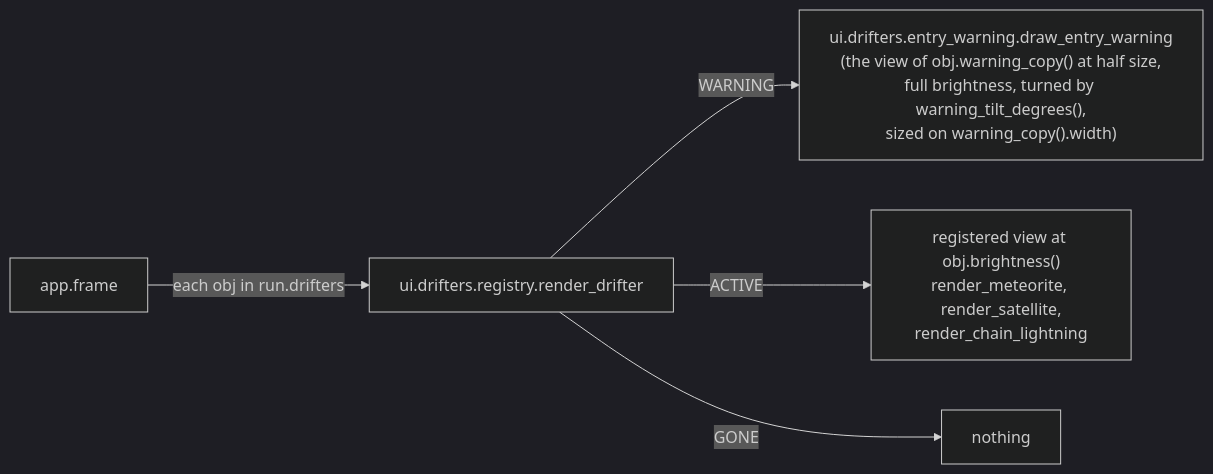
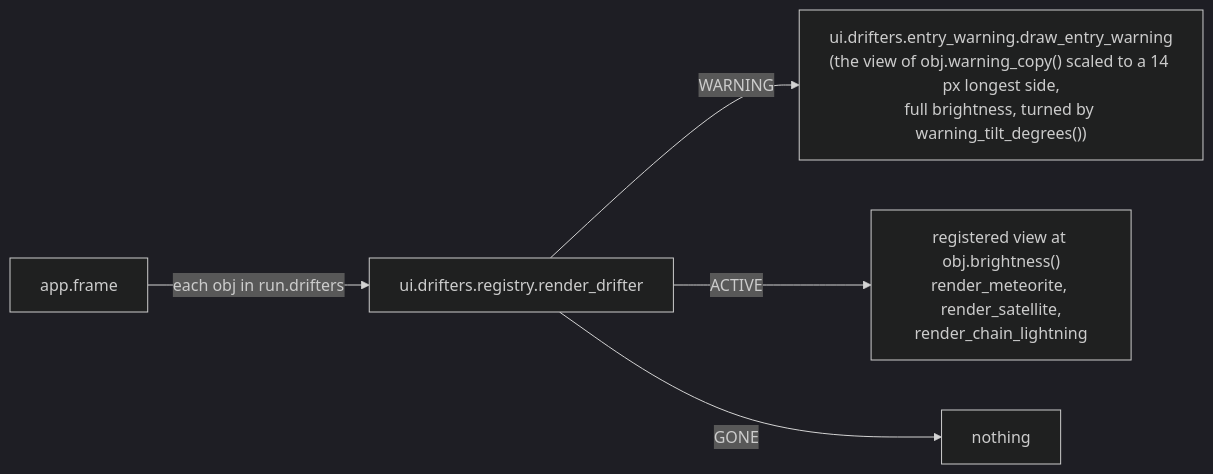
One commit to david-mntl/driftward-ace changed the sixth of 6 diagrams in docs/contracts/systems/drifters.md. Above: the diagram before and after it, drawn with Mermaid (dark theme). The commit also changed other lines of this file and 3 other files, not shown here.

Commit message:
docs(contracts): update drifters, app and tuning schema for the fixed entry warning size

````diff
--- a/docs/contracts/systems/drifters.md
+++ b/docs/contracts/systems/drifters.md
@@ -190,7 +190,7 @@
 ```mermaid
 flowchart LR
   APP["app.frame"] -- "each obj in run.drifters" --> R["ui.drifters.registry.render_drifter"]
-  R -- "WARNING" --> W["ui.drifters.entry_warning.draw_entry_warning<br/>(the view of obj.warning_copy() at half size,<br/>full brightness, turned by warning_tilt_degrees(),<br/>sized on warning_copy().width)"]
+  R -- "WARNING" --> W["ui.drifters.entry_warning.draw_entry_warning<br/>(the view of obj.warning_copy() scaled to a 14 px longest side,<br/>full brightness, turned by warning_tilt_degrees())"]
   R -- "ACTIVE" --> V["registered view at obj.brightness()<br/>render_meteorite, render_satellite,<br/>render_chain_lightning"]
   R -- "GONE" --> N["nothing"]
 ```
````
